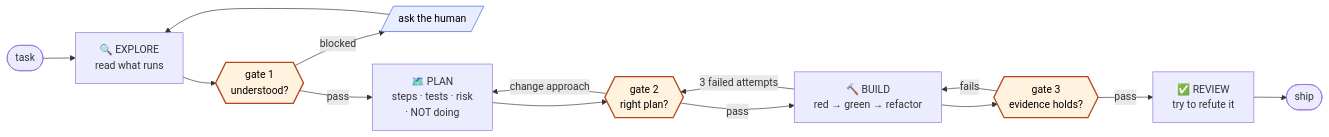
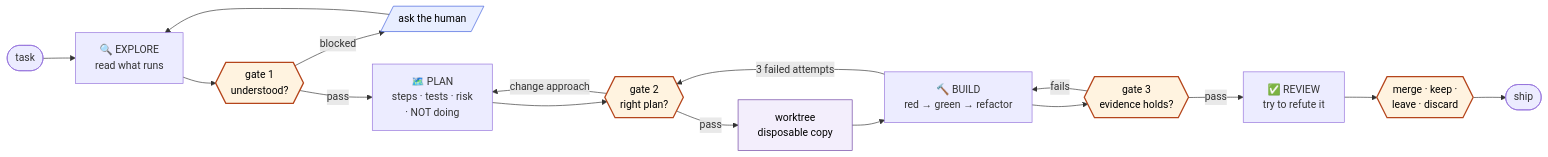
The diagram in skills/development-pipeline/SKILL.md (AmirAdarGit/claude-mtk), drawn with Mermaid before and after one commit. The commit also changed other lines of this file and 2 other files, not shown here.

First line of the commit message:
worktree isolation: BUILD gets a disposable copy, never the user's folder

````diff
--- a/skills/development-pipeline/SKILL.md
+++ b/skills/development-pipeline/SKILL.md
@@ -12,21 +12,25 @@
 ```mermaid
 flowchart LR
   START([task]) --> E["🔍 EXPLORE<br/>read what runs"]
   E --> G1{{"gate 1<br/>understood?"}}
   G1 -->|blocked| ASK1[/"ask the human"/]
   ASK1 --> E
   G1 -->|pass| P["🗺️ PLAN<br/>steps · tests · risk<br/>· NOT doing"]
   P --> G2{{"gate 2<br/>right plan?"}}
   G2 -->|change approach| P
-  G2 -->|pass| B["🔨 BUILD<br/>red → green → refactor"]
+  G2 -->|pass| WT["worktree<br/>disposable copy"]
+  WT --> B["🔨 BUILD<br/>red → green → refactor"]
   B -->|3 failed attempts| G2
   B --> G3{{"gate 3<br/>evidence holds?"}}
   G3 -->|fails| B
   G3 -->|pass| R["✅ REVIEW<br/>try to refute it"]
-  R --> DONE([ship])
+  R --> CH{{"merge · keep ·<br/>leave · discard"}}
+  CH --> DONE([ship])
 
   classDef gate fill:#fff3e0,stroke:#B5451B,stroke-width:2px,color:#000
   classDef human fill:#e8eeff,stroke:#3B5BDB,color:#000
-  class G1,G2,G3 gate
+  class G1,G2,G3,CH gate
   class ASK1 human
+  classDef box fill:#f3eefc,stroke:#6B3FA0,color:#000
+  class WT box
 ```
````
